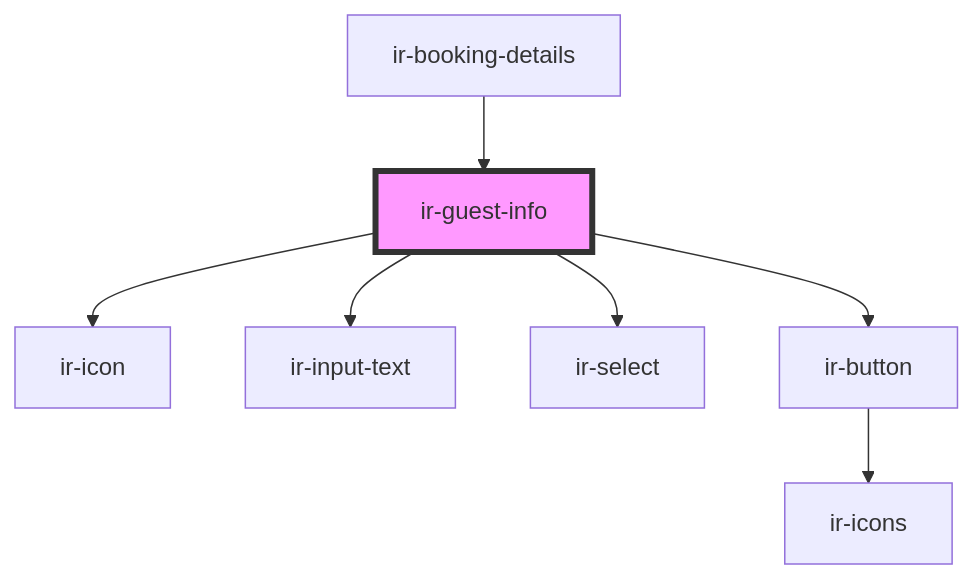
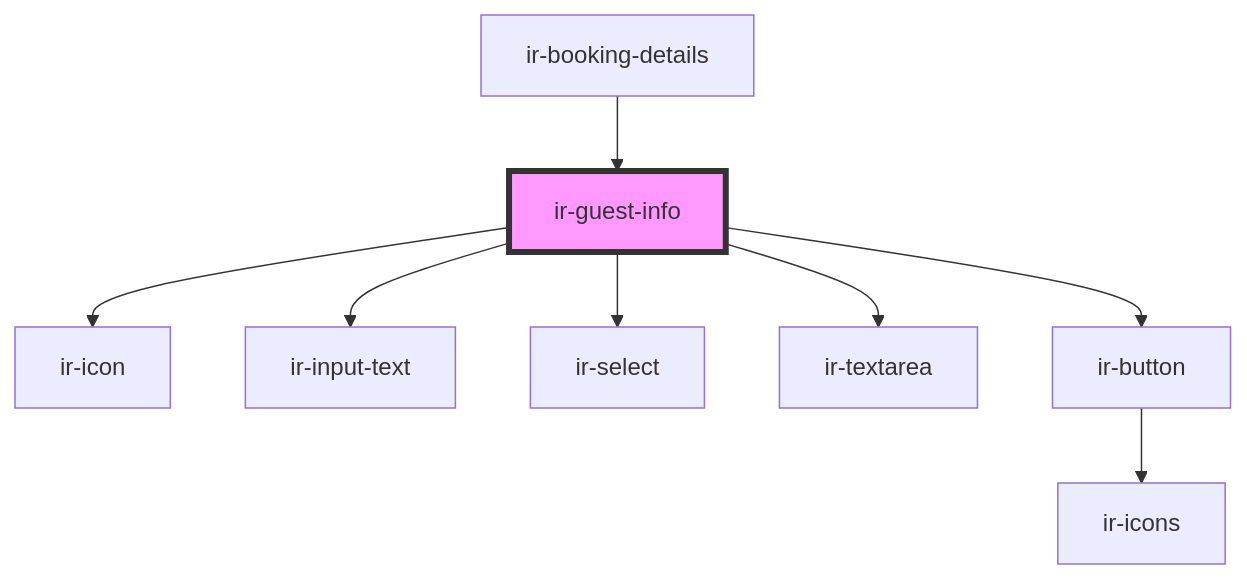
Before and after one commit to David1Chowaifaty/modified-ir-webcmp: the diagram in src/components/ir-guest-info/readme.md, drawn with Mermaid. The commit also changed other lines of this file and 24 other files, not shown here.

````diff
--- a/src/components/ir-guest-info/readme.md
+++ b/src/components/ir-guest-info/readme.md
@@ -42,10 +42,11 @@
 ```mermaid
 graph TD;
   ir-guest-info --> ir-icon
   ir-guest-info --> ir-input-text
   ir-guest-info --> ir-select
+  ir-guest-info --> ir-textarea
   ir-guest-info --> ir-button
   ir-button --> ir-icons
   ir-booking-details --> ir-guest-info
   style ir-guest-info fill:#f9f,stroke:#333,stroke-width:4px
 ```
````
